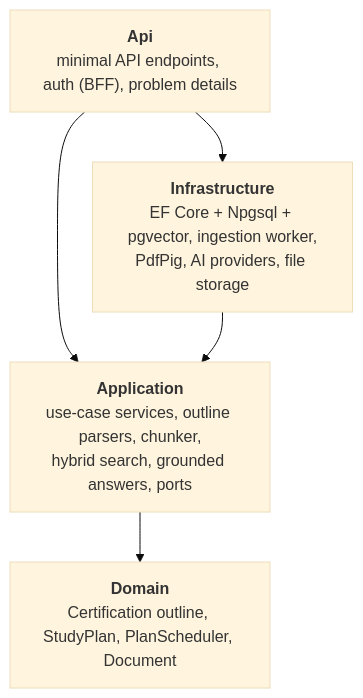
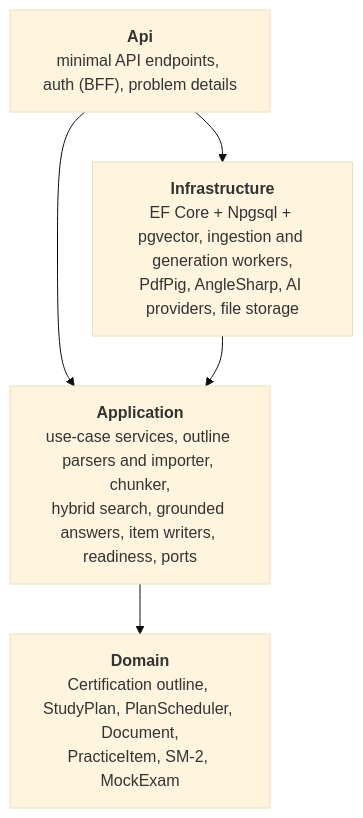
One commit to gn02ash/cert-coach changed the second of 3 diagrams in README.md. Above: the diagram before and after it, drawn with Mermaid (base theme). The commit also changed other lines of this file and 6 other files, not shown here.

First line of the commit message:
Test the practice loop end to end and document Phase 3

````diff
--- a/README.md
+++ b/README.md
@@ -102,12 +119,12 @@
 ```mermaid
 flowchart TB
     Api["<b>Api</b><br/>minimal API endpoints, auth (BFF), problem details"]
-    Infrastructure["<b>Infrastructure</b><br/>EF Core + Npgsql + pgvector, ingestion worker,<br/>PdfPig, AI providers, file storage"]
-    Application["<b>Application</b><br/>use-case services, outline parsers, chunker,<br/>hybrid search, grounded answers, ports"]
-    Domain["<b>Domain</b><br/>Certification outline, StudyPlan, PlanScheduler, Document"]
+    Infrastructure["<b>Infrastructure</b><br/>EF Core + Npgsql + pgvector, ingestion and generation workers,<br/>PdfPig, AngleSharp, AI providers, file storage"]
+    Application["<b>Application</b><br/>use-case services, outline parsers and importer, chunker,<br/>hybrid search, grounded answers, item writers, readiness, ports"]
+    Domain["<b>Domain</b><br/>Certification outline, StudyPlan, PlanScheduler, Document,<br/>PracticeItem, SM-2, MockExam"]
 
     Api --> Application
     Api --> Infrastructure
     Infrastructure --> Application
     Application --> Domain
 ```
````
